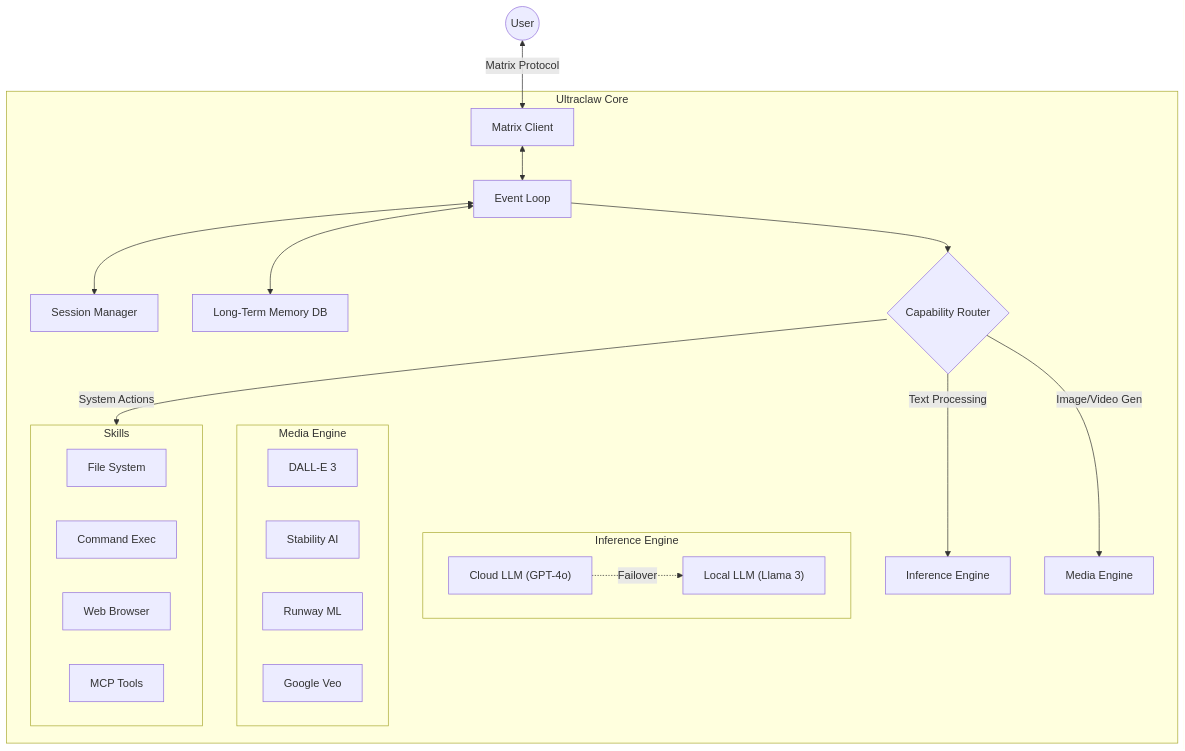
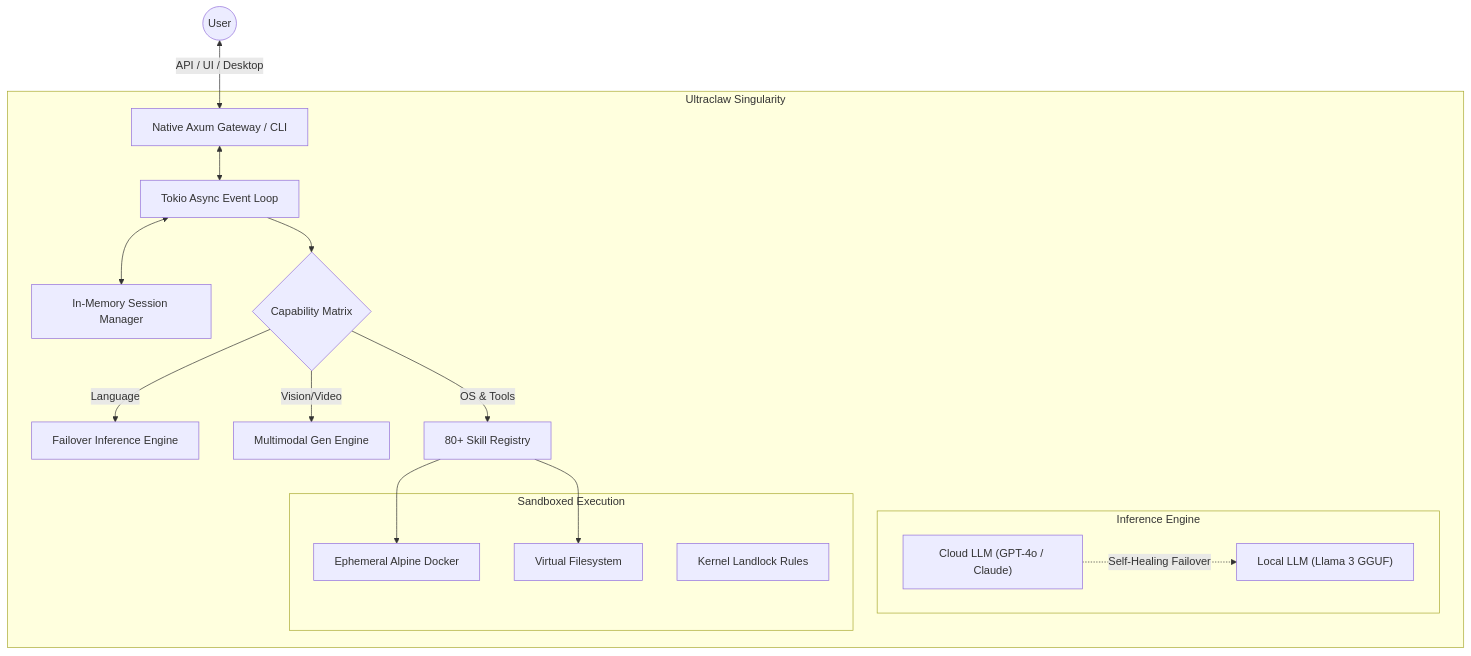
Before and after one commit to nishal21/UltraClaw: the diagram in README.md, drawn with Mermaid. The commit also changed other lines of this file and 10075 other files, not shown here.

````diff
--- a/README.md
+++ b/README.md
@@ -16,36 +62,29 @@
 ```mermaid
 graph TD
-    User((User)) <-->|Matrix Protocol| Matrix[Matrix Client]
+    User((User)) <-->|API / UI / Desktop| Connector[Native Axum Gateway / CLI]
     
-    subgraph "Ultraclaw Core"
-        Matrix <--> EventLoop[Event Loop]
-        EventLoop <--> SessionMgr[Session Manager]
-        EventLoop <--> Memory[Long-Term Memory DB]
+    subgraph "Ultraclaw Singularity"
+        Connector <--> EventLoop[Tokio Async Event Loop]
+        EventLoop <--> SessionMgr[In-Memory Session Manager]
         
-        EventLoop --> Router{Capability Router}
+        EventLoop --> Router{Capability Matrix}
         
-        Router -->|Text Processing| Inference[Inference Engine]
-        Router -->|Image/Video Gen| Media[Media Engine]
-        Router -->|System Actions| Skills[Skill Registry]
+        Router -->|Language| Inference[Failover Inference Engine]
+        Router -->|Vision/Video| Media[Multimodal Gen Engine]
+        Router -->|OS & Tools| Skills[80+ Skill Registry]
         
         subgraph "Inference Engine"
-            Cloud["Cloud LLM (GPT-4o)"]
-            Local["Local LLM (Llama 3)"]
-            Cloud -.->|Failover| Local
+            Cloud["Cloud LLM (GPT-4o / Claude)"]
+            Local["Local LLM (Llama 3 GGUF)"]
+            Cloud -.->|Self-Healing Failover| Local
         end
         
-        subgraph "Media Engine"
-            DALL["DALL-E 3"]
-            Stable["Stability AI"]
-            Runway["Runway ML"]
-            Veo["Google Veo"]
+        subgraph "Sandboxed Execution"
+            Cmd["Ephemeral Alpine Docker"]
+            FS["Virtual Filesystem"]
+            Linux["Kernel Landlock Rules"]
         end
-        
-        subgraph "Skills"
-            FS["File System"]
-            Cmd["Command Exec"]
-            Browser["Web Browser"]
-            MCP["MCP Tools"]
-        end
+        Skills --> Cmd
+        Skills --> FS
     end
 ```
````
